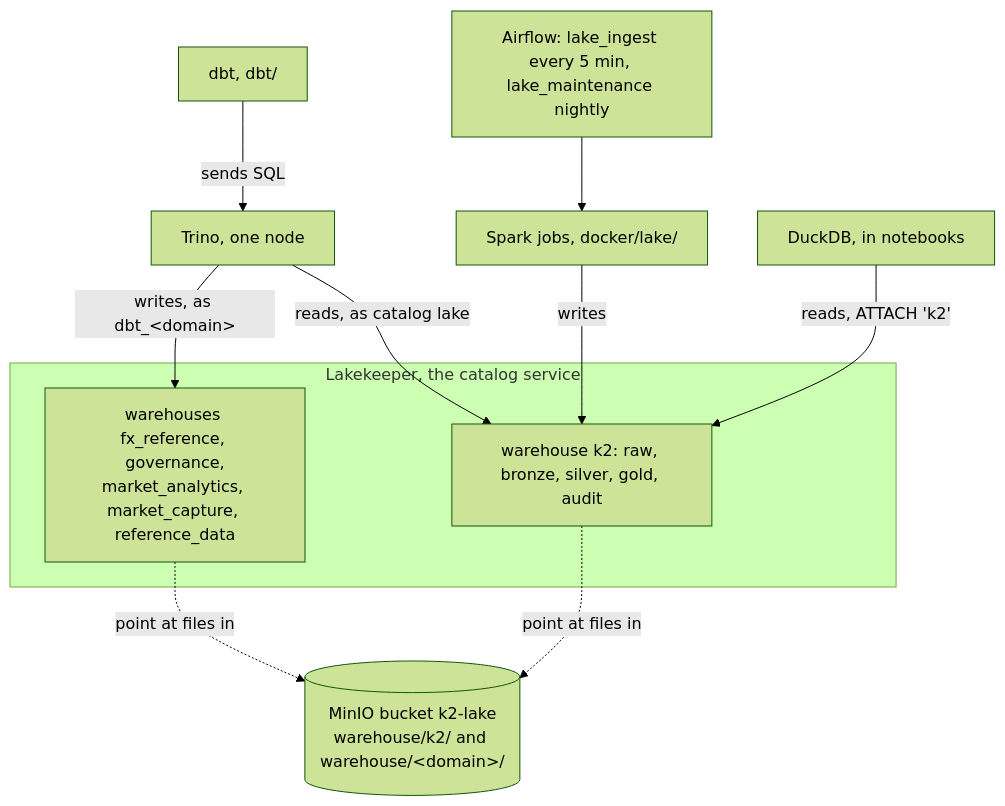
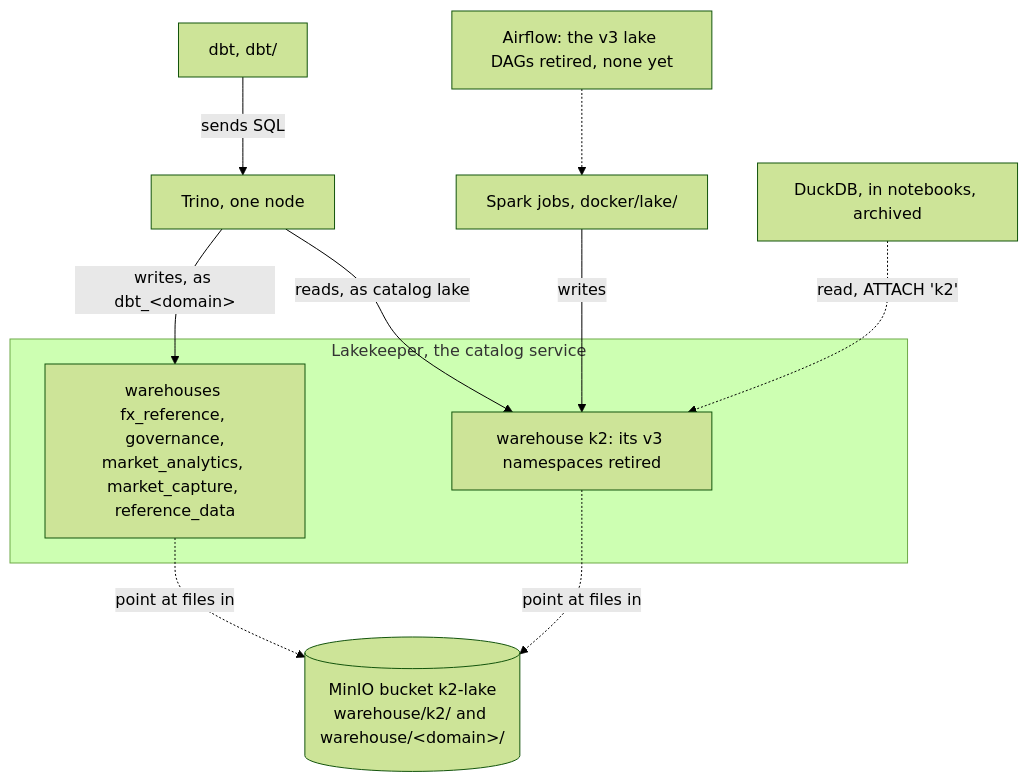
Before and after one commit to rjdscott/k2-market-data-platform: the first of 2 diagrams in docs/architecture/19-lakehouse-and-domain-warehouses.md, drawn with Mermaid (forest theme). The commit also changed other lines of this file and 24 other files, not shown here.

First line of the commit message:
docs(architecture): the book after the v3 lake ingest retires (W6)

````diff
--- a/docs/architecture/19-lakehouse-and-domain-warehouses.md
+++ b/docs/architecture/19-lakehouse-and-domain-warehouses.md
@@ -25,20 +36,20 @@
 ```mermaid
 flowchart TB
-  AF["Airflow: lake_ingest every 5 min, lake_maintenance nightly"]
+  AF["Airflow: the v3 lake DAGs retired, none yet"]
   SP["Spark jobs, docker/lake/"]
   DBT["dbt, dbt/"]
   TR["Trino, one node"]
-  DK["DuckDB, in notebooks"]
+  DK["DuckDB, in notebooks, archived"]
   subgraph LK ["Lakekeeper, the catalog service"]
-    WK["warehouse k2: raw, bronze, silver, gold, audit"]
+    WK["warehouse k2: its v3 namespaces retired"]
     WD["warehouses fx_reference, governance,<br/>market_analytics, market_capture, reference_data"]
   end
   S3[("MinIO bucket k2-lake<br/>warehouse/k2/ and warehouse/&lt;domain&gt;/")]
-  AF --> SP
+  AF -.-> SP
   SP -->|"writes"| WK
   DBT -->|"sends SQL"| TR
   TR -->|"reads, as catalog lake"| WK
   TR -->|"writes, as dbt_&lt;domain&gt;"| WD
-  DK -->|"reads, ATTACH 'k2'"| WK
+  DK -.->|"read, ATTACH 'k2'"| WK
   WK & WD -.->|"point at files in"| S3
 ```
````
